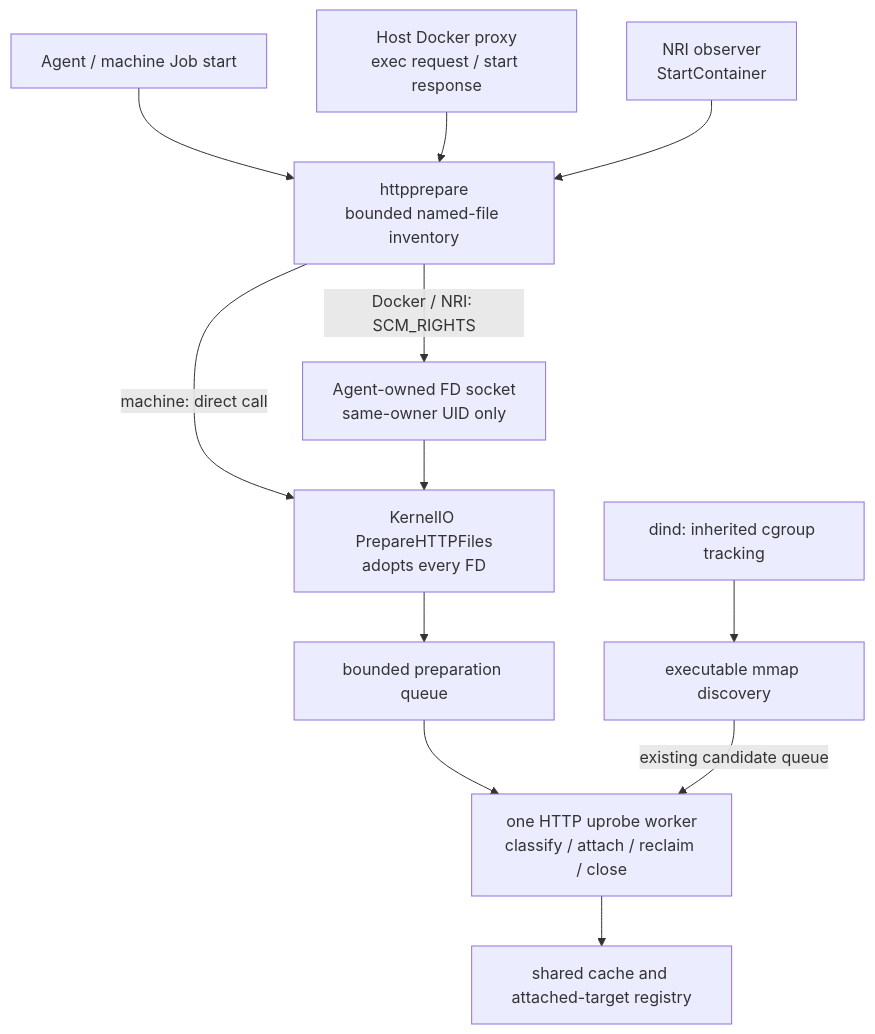
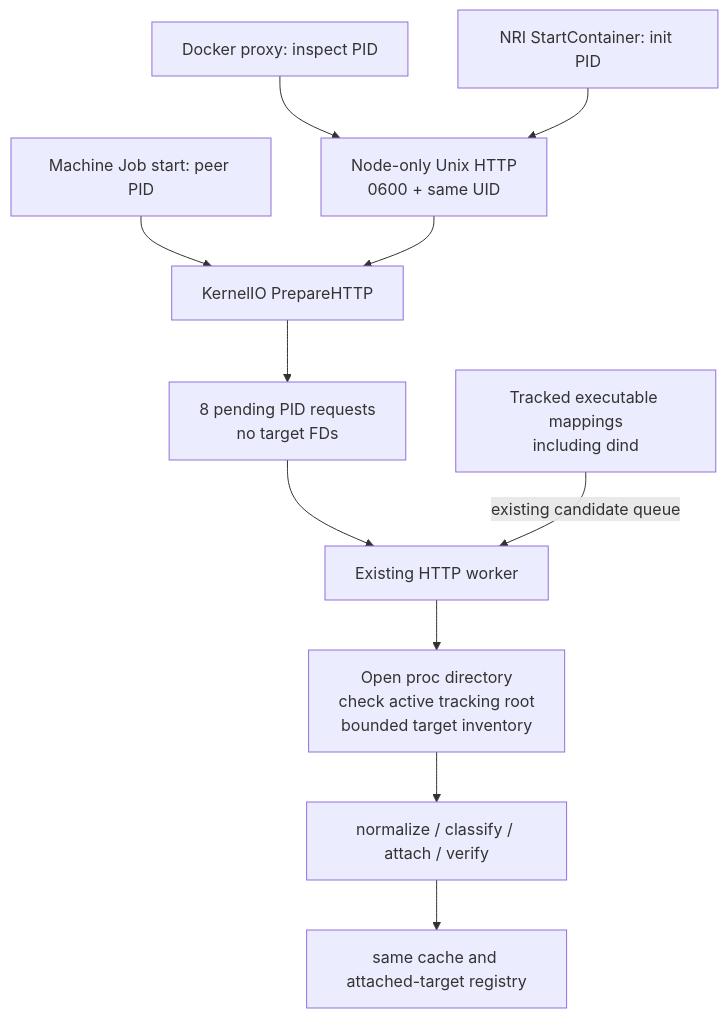
Before and after one commit to cicd-sensor/cicd-sensor: the second of 5 diagrams in docs/developer-guide/ebpf/http-uprobes.md, drawn with Mermaid. The commit also changed other lines of this file and 63 other files, not shown here.

Commit message:
refactor(agent): unify HTTP preparation around PID and root cgroups

````diff
--- a/docs/developer-guide/ebpf/http-uprobes.md
+++ b/docs/developer-guide/ebpf/http-uprobes.md
@@ -160,14 +160,13 @@
 ```mermaid
 flowchart TB
-    MACHINE["Agent / machine Job start"] --> INVENTORY["httpprepare<br/>bounded named-file inventory"]
-    DOCKER["Host Docker proxy<br/>exec request / start response"] --> INVENTORY
-    NRI["NRI observer<br/>StartContainer"] --> INVENTORY
-    INVENTORY -->|"machine: direct call"| API["KernelIO PrepareHTTPFiles<br/>adopts every FD"]
-    INVENTORY -->|"Docker / NRI: SCM_RIGHTS"| SOCKET["Agent-owned FD socket<br/>same-owner UID only"]
+    MACHINE["Machine Job start: peer PID"] --> API["KernelIO PrepareHTTP"]
+    DOCKER["Docker proxy: inspect PID"] --> SOCKET["Node-only Unix HTTP<br/>0600 + same UID"]
+    NRI["NRI StartContainer: init PID"] --> SOCKET
     SOCKET --> API
-    API --> QUEUE["bounded preparation queue"]
-    QUEUE --> WORKER["one HTTP uprobe worker<br/>classify / attach / reclaim / close"]
-    DIND["dind: inherited cgroup tracking"] --> MMAP["executable mmap discovery"]
-    MMAP -->|"existing candidate queue"| WORKER
-    WORKER --> STATE["shared cache and attached-target registry"]
+    API --> QUEUE["8 pending PID requests<br/>no target FDs"]
+    QUEUE --> WORKER["Existing HTTP worker"]
+    WORKER --> INVENTORY["Open proc directory<br/>check active tracking root<br/>bounded target inventory"]
+    INVENTORY --> ATTACH["normalize / classify / attach / verify"]
+    MMAP["Tracked executable mappings<br/>including dind"] -->|"existing candidate queue"| WORKER
+    ATTACH --> STATE["same cache and attached-target registry"]
 ```
````
